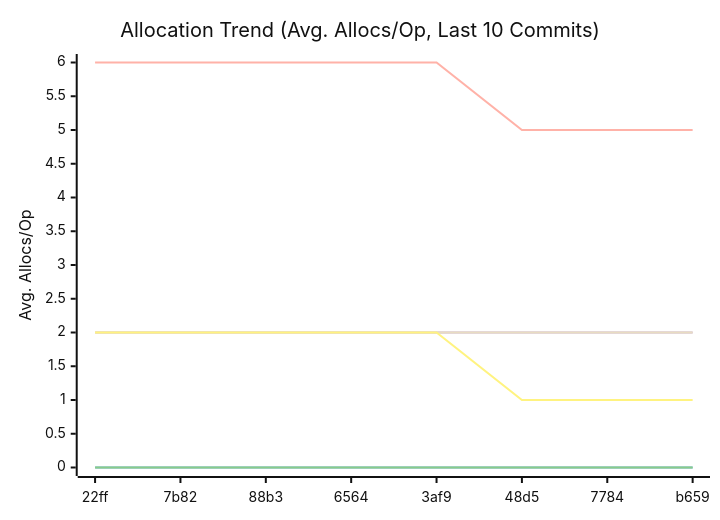
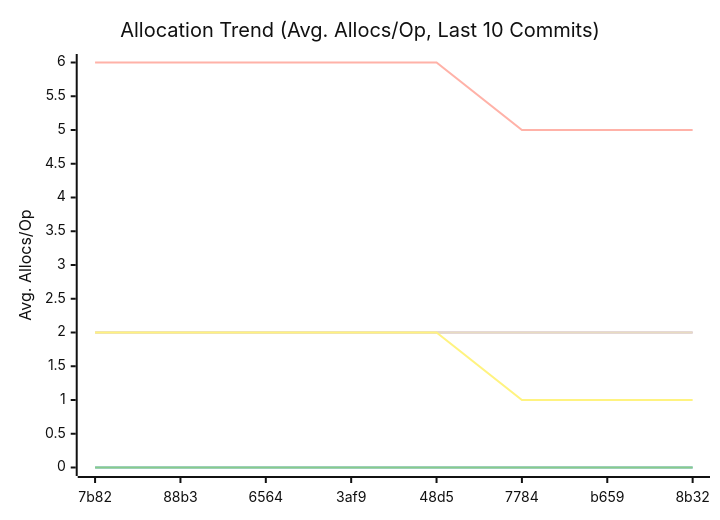
The third of 3 diagrams in doc/README.md (alsotoes/momo), drawn with Mermaid (neutral theme) before and after one commit. The commit also changed other lines of this file and 1 other file, not shown here.

````diff
--- a/doc/README.md
+++ b/doc/README.md
@@ -326,14 +326,14 @@
 ```mermaid
 xychart-beta
     title "Allocation Trend (Avg. Allocs/Op, Last 10 Commits)"
     x-axis "Commit"
     y-axis "Avg. Allocs/Op"
-    x-axis [22ff,7b82,88b3,6564,3af9,48d5,7784,b659]
+    x-axis [7b82,88b3,6564,3af9,48d5,7784,b659,8b32]
     line "CheckMetricsAndSwap" [0,0,0,0,0,0,0,0,0,0]
     line "IndexDirectTracking" [0,0,0,0,0,0,0,0,0,0]
     line "IndexSearch" [0,0,0,0,0,0,0,0,0,0]
     line "LoadGlobalConfig" [2,2,2,2,2,2,2,2,2,2]
     line "PadString" [2,2,2,2,2,2,2,2,2,2]
     line "ParseReplicationOrder_NoPrealloc" [6,6,6,6,6,5,5,5,5,5]
     line "ParseReplicationOrder_Prealloc" [2,2,2,2,2,1,1,1,1,1]
 ```
````
